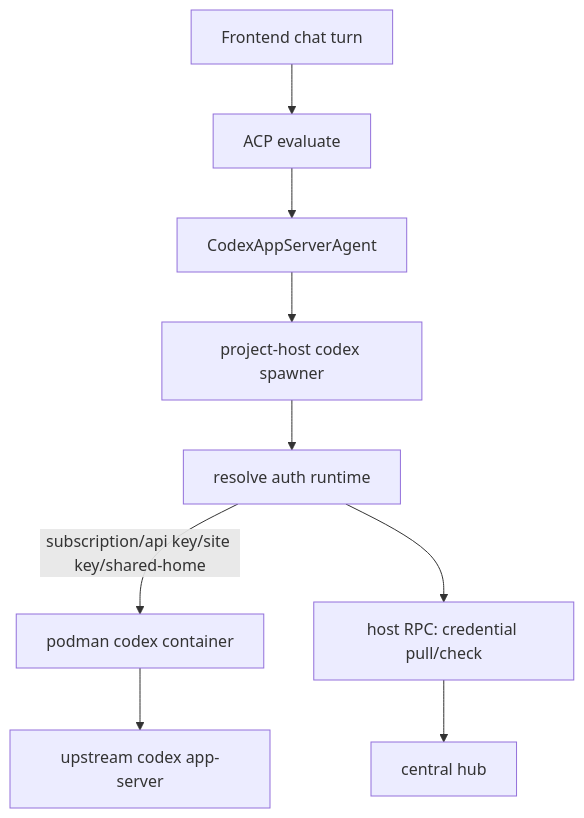
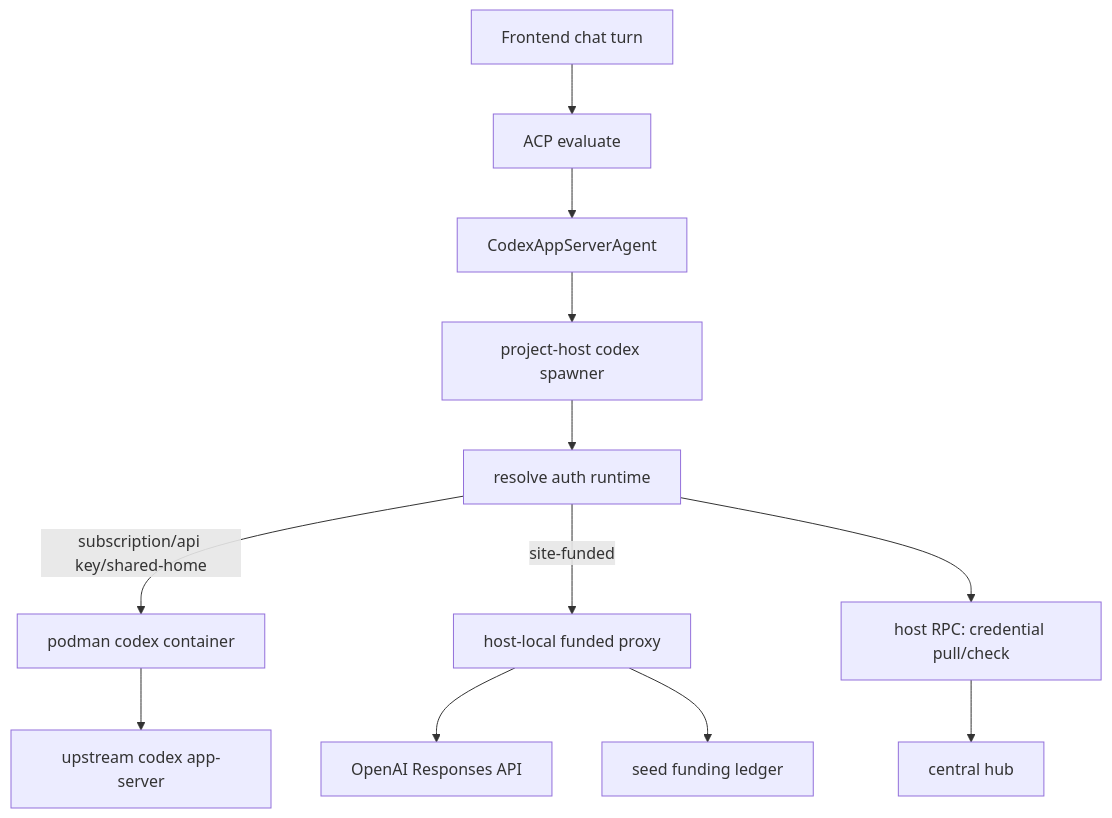
One commit to novoselt/cocalc-ai changed the second of 2 diagrams in docs/codex-auth.md. Above: the diagram before and after it, drawn with Mermaid. The commit also changed other lines of this file and 24 other files, not shown here.

First line of the commit message:
server/ai: operationalize site-funded Codex

````diff
--- a/docs/codex-auth.md
+++ b/docs/codex-auth.md
@@ -65,12 +61,15 @@
 ```mermaid
 flowchart TD
   FE[Frontend chat turn] --> ACP[ACP evaluate]
   ACP --> CE[CodexAppServerAgent]
   CE --> SP[project-host codex spawner]
   SP --> AR[resolve auth runtime]
-  AR -->|subscription/api key/site key/shared-home| CT[podman codex container]
+  AR -->|subscription/api key/shared-home| CT[podman codex container]
+  AR -->|site-funded| FP[host-local funded proxy]
+  FP --> OAI[OpenAI Responses API]
+  FP --> SEED[seed funding ledger]
   CT --> CODEX[upstream codex app-server]
 
   AR --> REG[host RPC: credential pull/check]
   REG --> HUB[central hub]
 ```
````
